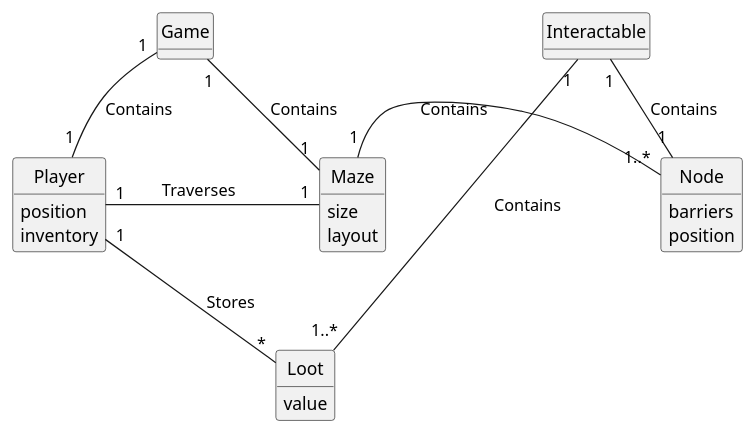
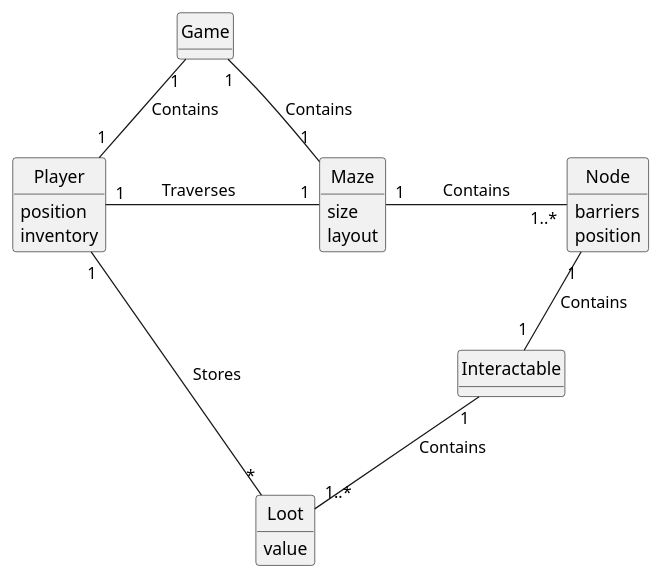
One commit to codelazarus14/team-1b-java-app changed the first of 3 diagrams in doc/design.md. Above: the diagram before and after it, drawn with PlantUML.

Commit message:
Updated Design Document

````diff
--- a/doc/design.md
+++ b/doc/design.md
@@ -3,37 +3,37 @@
 ```plantuml
 @startuml
 hide circle
 hide empty methods
 
 'classes
 class Player{
     position
     inventory
 }
 class Maze{
     size
     layout
 }
 class Node{
     barriers
     position
 }
 class Loot{
     value
 }
 class Interactable{
 }
 class Game{
 }
 
 'associations 
 Game "1" -- "1" Player : Contains\t\t
 Game "1" -- "1" Maze : Contains
 Player "1" - "1" Maze : \tTraverses\t\t
 Maze "1" - "1..*" Node : \tContains\t\t
 Player "1" --  "*" Loot : Stores\t
-Interactable "1" -- "1" Node : Contains\t\t
+Node "1" -- "1" Interactable : Contains\t\t
 Interactable "1" -- "1..*" Loot : Contains\t\t
 
 @enduml
 ```
````
